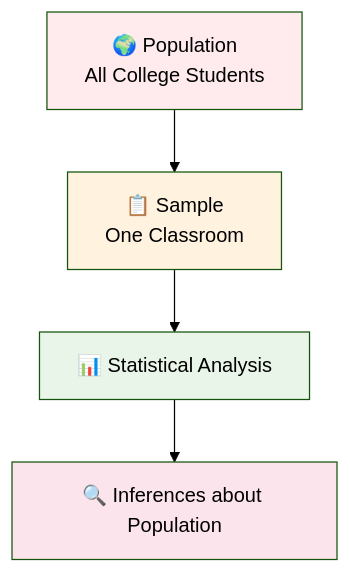
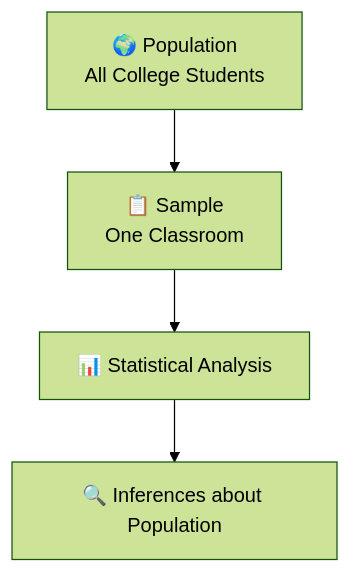
Before and after one commit to siddharthkumarrai/Statics: the second of 6 diagrams in README.md, drawn with Mermaid (forest theme).

````diff
--- a/README.md
+++ b/README.md
@@ -65,11 +65,11 @@
 ```mermaid
 graph TD
     A[🌍 Population<br/>All College Students] --> B[📋 Sample<br/>One Classroom]
     B --> C[📊 Statistical Analysis]
     C --> D[🔍 Inferences about Population]
 
-    style A fill:#ffebee
-    style B fill:#fff3e0
-    style C fill:#e8f5e8
-    style D fill:#fce4ec
+    style A fill:#ffebee color:#000000
+    style B fill:#fff3e0 color:#000000
+    style C fill:#e8f5e8 color:#000000
+    style D fill:#fce4ec color:#000000
 ```
````
